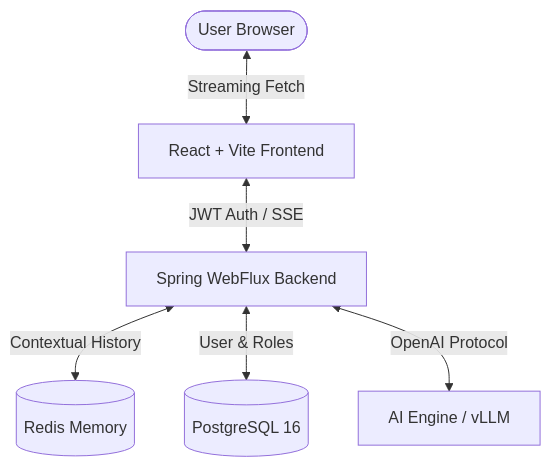
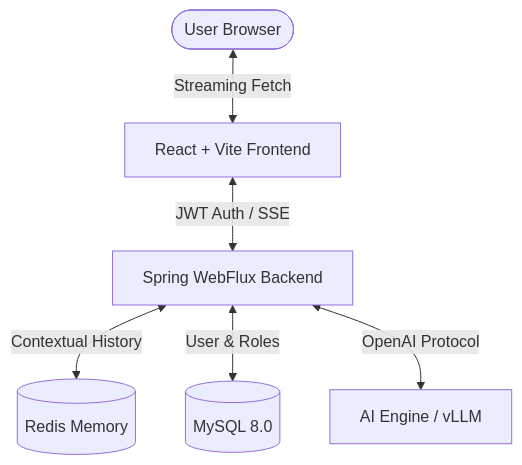
One commit to 01Sachinc/GenOps-AI changed the first of 3 diagrams in README.md. Above: the diagram before and after it, drawn with Mermaid. The commit also changed other lines of this file and 86 other files, not shown here.

````diff
--- a/README.md
+++ b/README.md
@@ -11,8 +39,8 @@
 ```mermaid
-flowchart TD
+graph TD
     User([User Browser]) <-->|Streaming Fetch| Frontend[React + Vite Frontend]
     Frontend <-->|JWT Auth / SSE| Backend[Spring WebFlux Backend]
     Backend <-->|Contextual History| Redis[(Redis Memory)]
-    Backend <-->|User & Roles| DB[(PostgreSQL 16)]
+    Backend <-->|User & Roles| DB[(MySQL 8.0)]
     Backend <-->|OpenAI Protocol| AI[AI Engine / vLLM]
 ```
````
